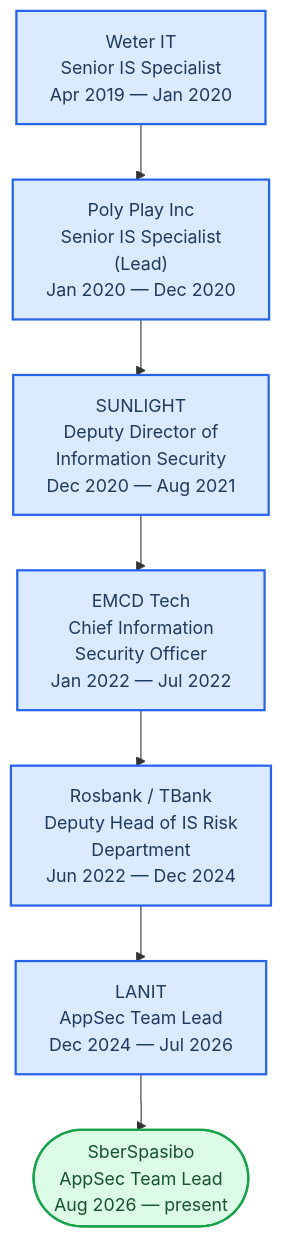
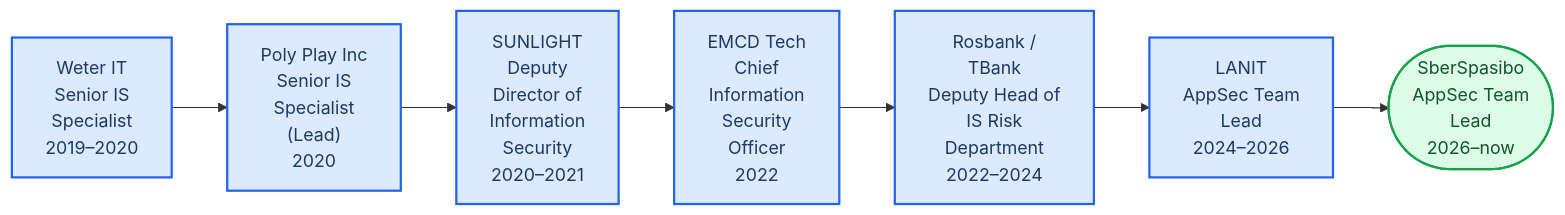
One commit to geminishkv/geminishkv changed the diagram in readme.md. Above: the diagram before and after it, drawn with Mermaid. The commit also changed other lines of this file and 1 other file, not shown here.

Commit message:
fix(readme): keep the badge row, lay the career flow out left to right, add Now
Badge row: the COMMIT-BADGES markers stood on lines of their own. An HTML
comment at the start of a line opens an HTML block in GitHub Markdown and
ends the paragraph, so the single badge row broke into three. The opening
marker now ends the previous line and the closing one ends the last badge
line; the generator writes this block inline so a re-render keeps it.
GitHub's Markdown API renders all nine badges in one paragraph again, and
a second render leaves readme.md unchanged.

Career flow: left to right, like the pipelines on the course site and on
geminishkv.tech. Labels are wrapped at 14 characters and periods shortened
to years, because GitHub scales a wide diagram down to the readme width.

New generated block NOW: the current activities from the site data, so
this part of the profile follows the site instead of being edited by hand.

Verified by running the real workflow steps locally against the live site
sources: 7 roles, 5 projects, 8 tool groups and 3 now items synced, seven
blocks rendered, none skipped. Not verified: a run on GitHub.

````diff
--- a/readme.md
+++ b/readme.md
@@ -63,27 +69,27 @@
 ```mermaid
 %%{init: {"flowchart": {"curve": "step"}}}%%
-flowchart TB
+flowchart LR
     accTitle: Career pipeline
-    accDescr: Roles from the first one at the top to the current one at the bottom, the same pipeline as on geminishkv.tech.
+    accDescr: Roles from the first one on the left to the current one on the right, the same pipeline as on geminishkv.tech.
 
-    role_1["Weter IT<br/>Senior IS Specialist<br/>Apr 2019 — Jan 2020"]
-    role_2["Poly Play Inc<br/>Senior IS Specialist<br/>(Lead)<br/>Jan 2020 — Dec 2020"]
-    role_3["SUNLIGHT<br/>Deputy Director of<br/>Information Security<br/>Dec 2020 — Aug 2021"]
-    role_4["EMCD Tech<br/>Chief Information<br/>Security Officer<br/>Jan 2022 — Jul 2022"]
-    role_5["Rosbank / TBank<br/>Deputy Head of IS Risk<br/>Department<br/>Jun 2022 — Dec 2024"]
-    role_6["LANIT<br/>AppSec Team Lead<br/>Dec 2024 — Jul 2026"]
-    role_7(["SberSpasibo<br/>AppSec Team Lead<br/>Aug 2026 — present"])
+    role_1["Weter IT<br/>Senior IS<br/>Specialist<br/>2019–2020"]
+    role_2["Poly Play Inc<br/>Senior IS<br/>Specialist<br/>(Lead)<br/>2020"]
+    role_3["SUNLIGHT<br/>Deputy<br/>Director of<br/>Information<br/>Security<br/>2020–2021"]
+    role_4["EMCD Tech<br/>Chief<br/>Information<br/>Security<br/>Officer<br/>2022"]
+    role_5["Rosbank /<br/>TBank<br/>Deputy Head of<br/>IS Risk<br/>Department<br/>2022–2024"]
+    role_6["LANIT<br/>AppSec Team<br/>Lead<br/>2024–2026"]
+    role_7(["SberSpasibo<br/>AppSec Team<br/>Lead<br/>2026–now"])
 
     role_1 --> role_2
     role_2 --> role_3
     role_3 --> role_4
     role_4 --> role_5
     role_5 --> role_6
     role_6 --> role_7
 
     classDef stage fill:#dbeafe,stroke:#2563eb,stroke-width:2px,color:#1e3a5f
     classDef done fill:#dcfce7,stroke:#16a34a,stroke-width:2px,color:#14532d
 
     class role_1,role_2,role_3,role_4,role_5,role_6 stage
     class role_7 done
 ```
````
